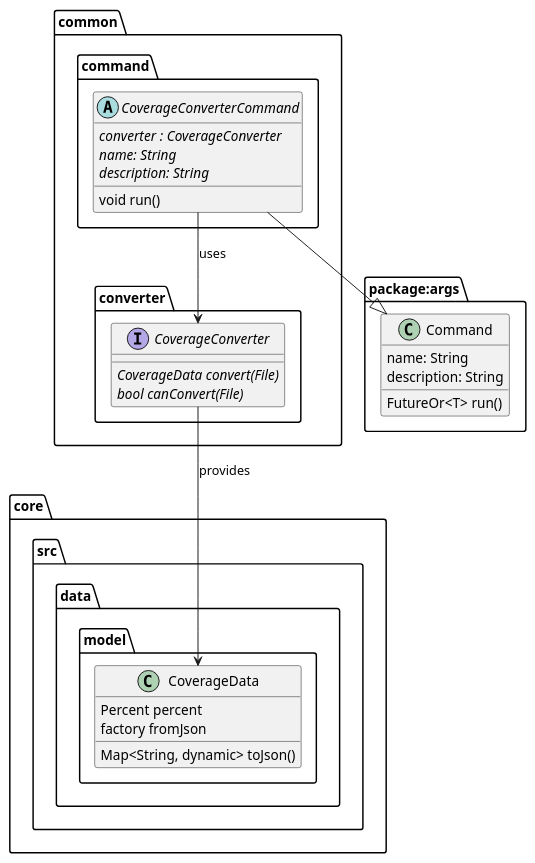
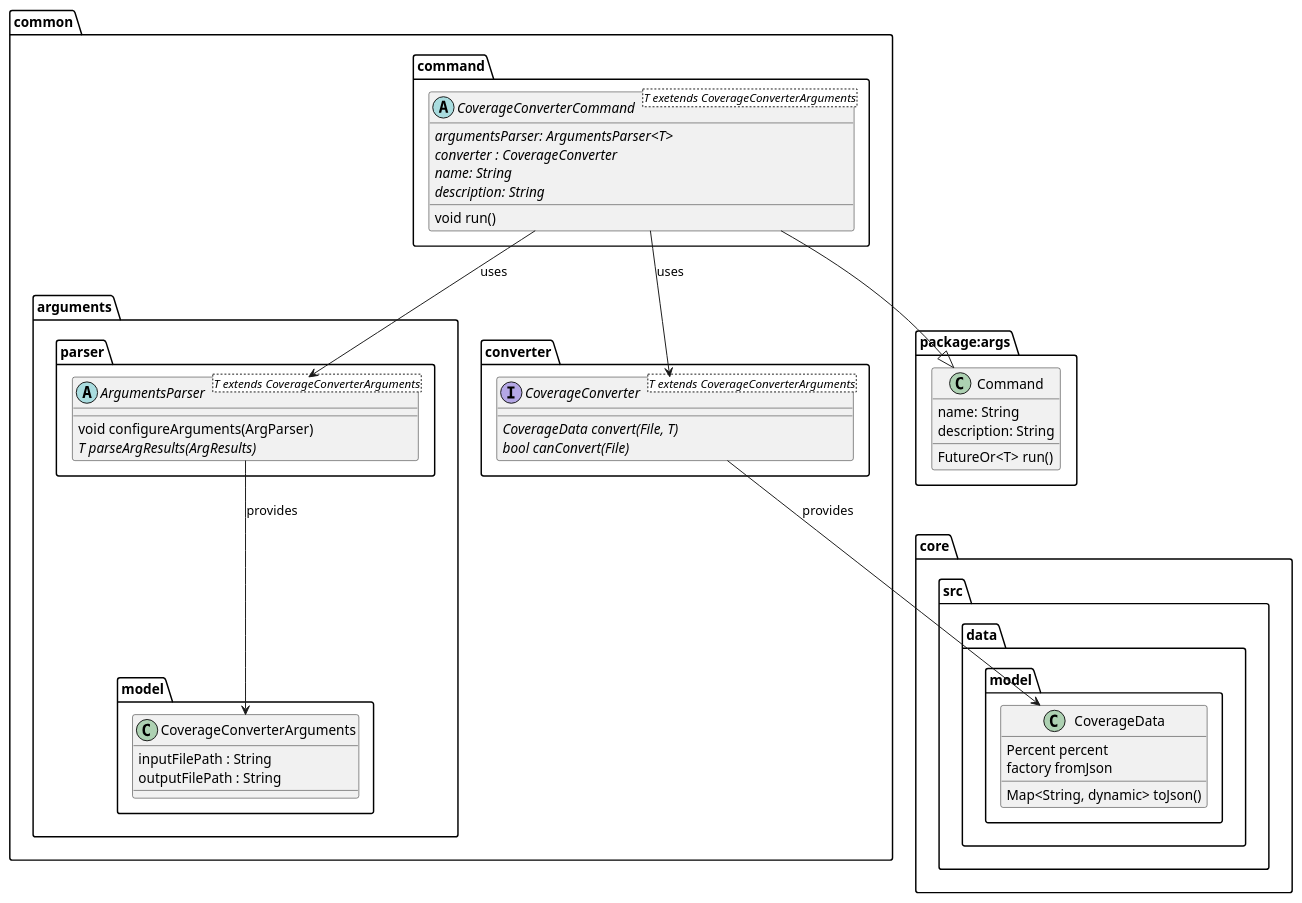
Before and after one commit to Flank/flank-dashboard: the diagram in metrics/coverage_converter/docs/diagrams/coverage_interfaces_diagram.puml, drawn with PlantUML. The commit also changed 2 other files, not shown here.

Commit message:
Improve coverage converter arguments parser design

```diff
--- a/metrics/coverage_converter/docs/diagrams/coverage_interfaces_diagram.puml
+++ b/metrics/coverage_converter/docs/diagrams/coverage_interfaces_diagram.puml
@@ -1,43 +1,63 @@
 @startuml coverage_interfaces_diagram.puml
 
 package package:args {
     class Command {
         name: String
         description: String
         FutureOr<T> run()
     }
 }
 
 
 package core.src.data.model {
     class CoverageData {
         Percent percent
         Map<String, dynamic> toJson()
         factory fromJson
     }
 }
 
 
 package common {
+    package arguments {
+        package model {
+            class CoverageConverterArguments {
+                inputFilePath : String
+                outputFilePath : String
+            }
+        }
+
+        package parser {
+            abstract ArgumentsParser<T extends CoverageConverterArguments> {
+                void configureArguments(ArgParser)
+                {abstract} T parseArgResults(ArgResults)
+            }
+        }
+    }
+
+
     package command {
-        abstract CoverageConverterCommand {
+        abstract CoverageConverterCommand<T exetends CoverageConverterArguments> {
+            {abstract} argumentsParser: ArgumentsParser<T>
             {abstract} converter : CoverageConverter
             {abstract} name: String
             {abstract} description: String
             void run()
         }
     }
 
     package converter {
-        interface CoverageConverter {
-            {abstract} CoverageData convert(File)
+        interface CoverageConverter<T extends CoverageConverterArguments> {
+            {abstract} CoverageData convert(File, T)
             {abstract} bool canConvert(File)
         }
     }
 }
 
 CoverageConverterCommand --|> Command
 CoverageConverter --> CoverageData : provides
 CoverageConverterCommand --> CoverageConverter : uses
+CoverageConverterCommand --> ArgumentsParser : uses
+ArgumentsParser --> CoverageConverterArguments : provides
 
 @enduml
```
